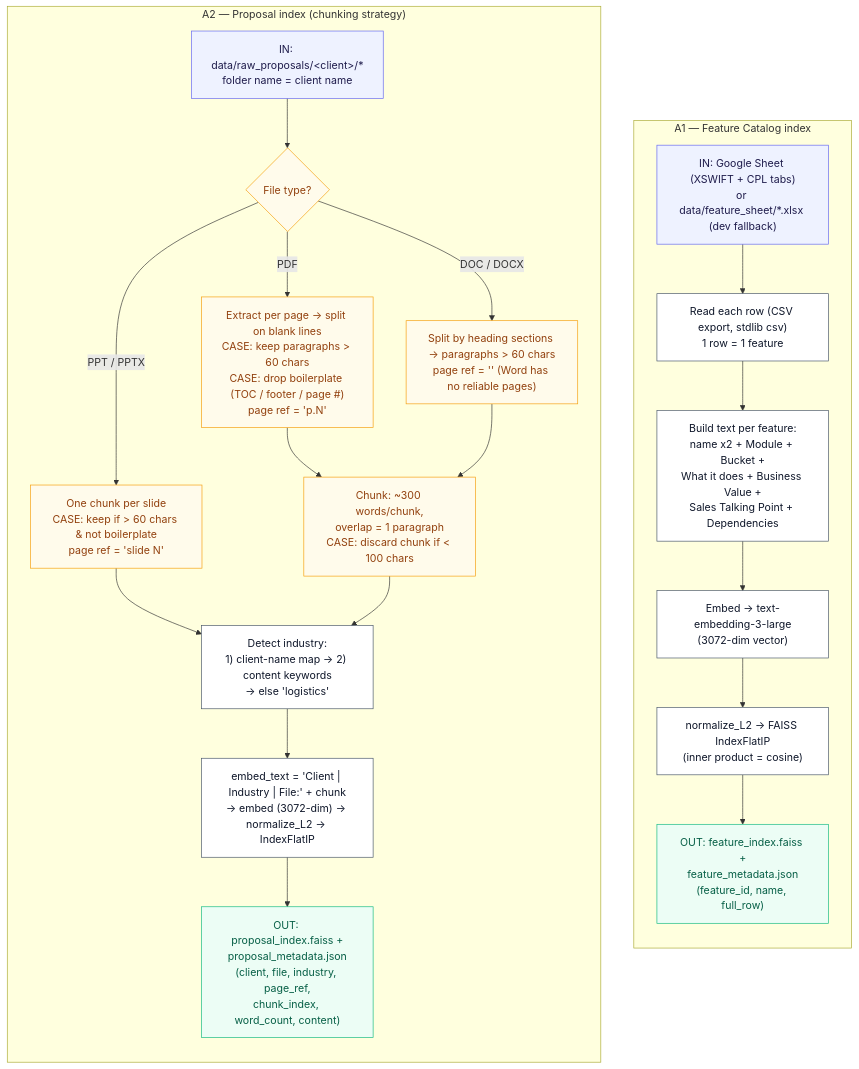
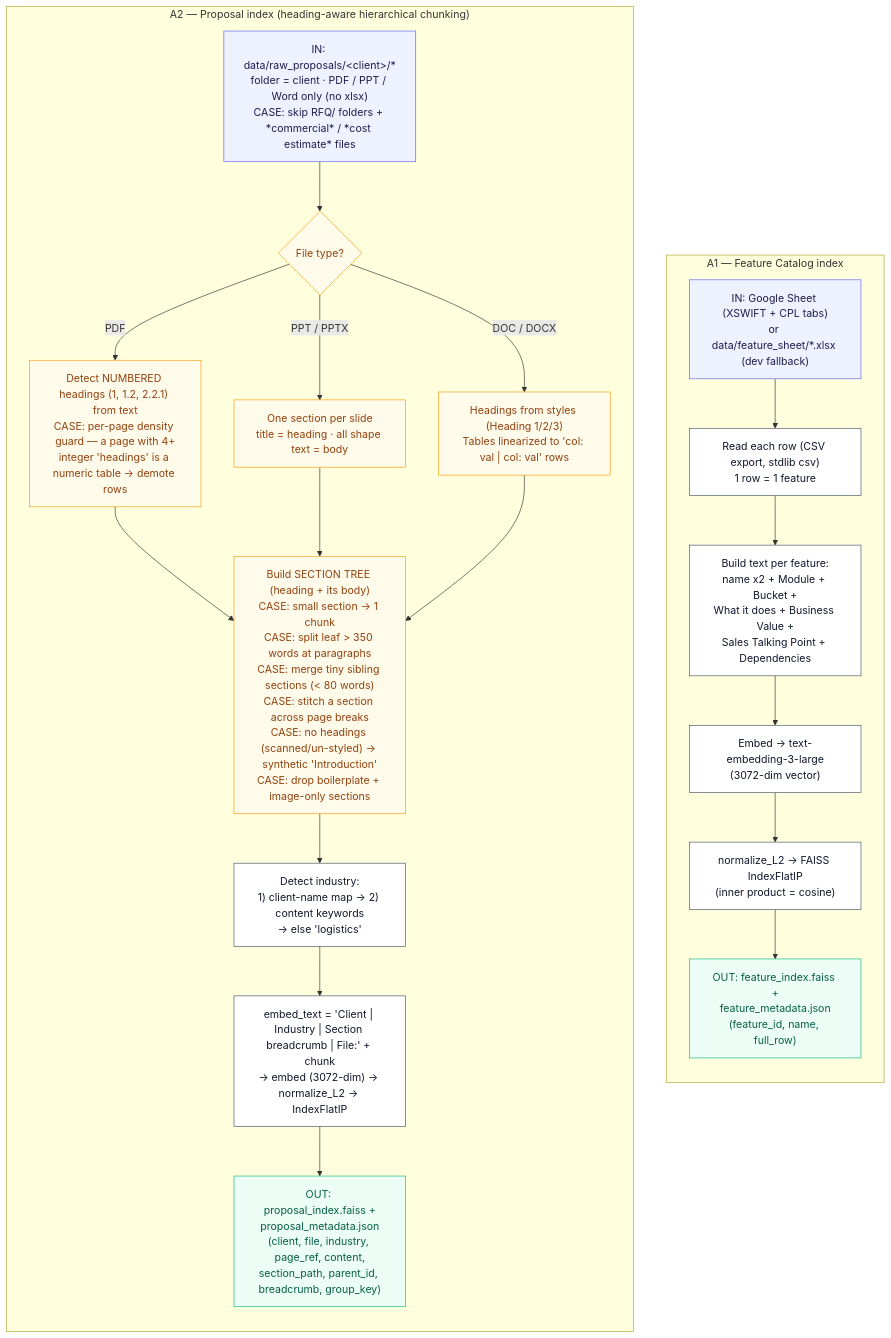
The first of 4 diagrams in docs/workflow.md (dhupack/SolutionsDesk), drawn with Mermaid before and after one commit. The commit also changed other lines of this file, not shown here.

First line of the commit message:
docs: update workflow.md for heading-aware chunking, rollup, greeting guard

````diff
--- a/docs/workflow.md
+++ b/docs/workflow.md
@@ -18,38 +18,37 @@
 ```mermaid
 flowchart TD
     classDef io fill:#eef2ff,stroke:#6366f1,color:#1e1b4b;
     classDef proc fill:#ffffff,stroke:#475569,color:#0f172a;
     classDef case fill:#fffbeb,stroke:#f59e0b,color:#92400e;
     classDef out fill:#ecfdf5,stroke:#10b981,color:#065f46;
 
     %% ---------- Feature catalog ----------
     subgraph FEAT["A1 — Feature Catalog index"]
         direction TB
         FA["IN: Google Sheet (XSWIFT + CPL tabs)<br/>or data/feature_sheet/*.xlsx (dev fallback)"]:::io
         FA --> FB["Read each row (CSV export, stdlib csv)<br/>1 row = 1 feature"]:::proc
         FB --> FC["Build text per feature:<br/>name x2 + Module + Bucket +<br/>What it does + Business Value +<br/>Sales Talking Point + Dependencies"]:::proc
         FC --> FD["Embed → text-embedding-3-large<br/>(3072-dim vector)"]:::proc
         FD --> FE["normalize_L2 → FAISS IndexFlatIP<br/>(inner product = cosine)"]:::proc
         FE --> FF["OUT: feature_index.faiss +<br/>feature_metadata.json<br/>(feature_id, name, full_row)"]:::out
     end
 
     %% ---------- Proposals ----------
-    subgraph PROP["A2 — Proposal index (chunking strategy)"]
+    subgraph PROP["A2 — Proposal index (heading-aware hierarchical chunking)"]
         direction TB
-        PA["IN: data/raw_proposals/&lt;client&gt;/*<br/>folder name = client name"]:::io
+        PA["IN: data/raw_proposals/&lt;client&gt;/*<br/>folder = client · PDF / PPT / Word only (no xlsx)<br/>CASE: skip RFQ/ folders + *commercial* / *cost estimate* files"]:::io
         PA --> PT{"File type?"}:::case
-        PT -->|PDF| P_PDF["Extract per page → split on blank lines<br/>CASE: keep paragraphs > 60 chars<br/>CASE: drop boilerplate (TOC / footer / page #)<br/>page ref = 'p.N'"]:::case
-        PT -->|PPT / PPTX| P_PPT["One chunk per slide<br/>CASE: keep if > 60 chars & not boilerplate<br/>page ref = 'slide N'"]:::case
-        PT -->|DOC / DOCX| P_DOC["Split by heading sections → paragraphs > 60 chars<br/>page ref = '' (Word has no reliable pages)"]:::case
+        PT -->|PDF| P_PDF["Detect NUMBERED headings (1, 1.2, 2.2.1) from text<br/>CASE: per-page density guard — a page with 4+<br/>integer 'headings' is a numeric table → demote rows"]:::case
+        PT -->|PPT / PPTX| P_PPT["One section per slide<br/>title = heading · all shape text = body"]:::case
+        PT -->|DOC / DOCX| P_DOC["Headings from styles (Heading 1/2/3)<br/>Tables linearized to 'col: val | col: val' rows"]:::case
 
-        P_PDF --> PCHUNK
-        P_DOC --> PCHUNK
-        PCHUNK["Chunk: ~300 words/chunk,<br/>overlap = 1 paragraph<br/>CASE: discard chunk if < 100 chars"]:::case
-        P_PPT --> PIND
-        PCHUNK --> PIND
+        P_PDF --> PTREE
+        P_PPT --> PTREE
+        P_DOC --> PTREE
+        PTREE["Build SECTION TREE (heading + its body)<br/>CASE: small section → 1 chunk<br/>CASE: split leaf &gt; 350 words at paragraphs<br/>CASE: merge tiny sibling sections (&lt; 80 words)<br/>CASE: stitch a section across page breaks<br/>CASE: no headings (scanned/un-styled) → synthetic 'Introduction'<br/>CASE: drop boilerplate + image-only sections"]:::case
 
-        PIND["Detect industry:<br/>1) client-name map → 2) content keywords<br/>→ else 'logistics'"]:::proc
-        PIND --> PEMB["embed_text = 'Client | Industry | File:' + chunk<br/>→ embed (3072-dim) → normalize_L2 → IndexFlatIP"]:::proc
-        PEMB --> POUT["OUT: proposal_index.faiss +<br/>proposal_metadata.json<br/>(client, file, industry, page_ref,<br/>chunk_index, word_count, content)"]:::out
+        PTREE --> PIND["Detect industry:<br/>1) client-name map → 2) content keywords<br/>→ else 'logistics'"]:::proc
+        PIND --> PEMB["embed_text = 'Client | Industry | Section breadcrumb | File:' + chunk<br/>→ embed (3072-dim) → normalize_L2 → IndexFlatIP"]:::proc
+        PEMB --> POUT["OUT: proposal_index.faiss +<br/>proposal_metadata.json<br/>(client, file, industry, page_ref, content,<br/>section_path, parent_id, breadcrumb, group_key)"]:::out
     end
 ```
````
